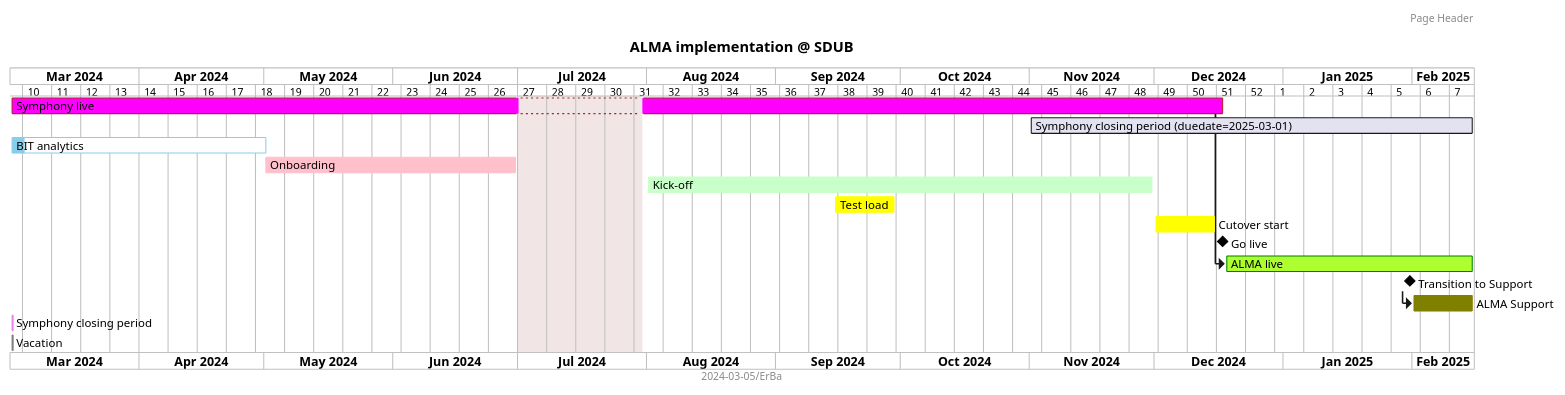
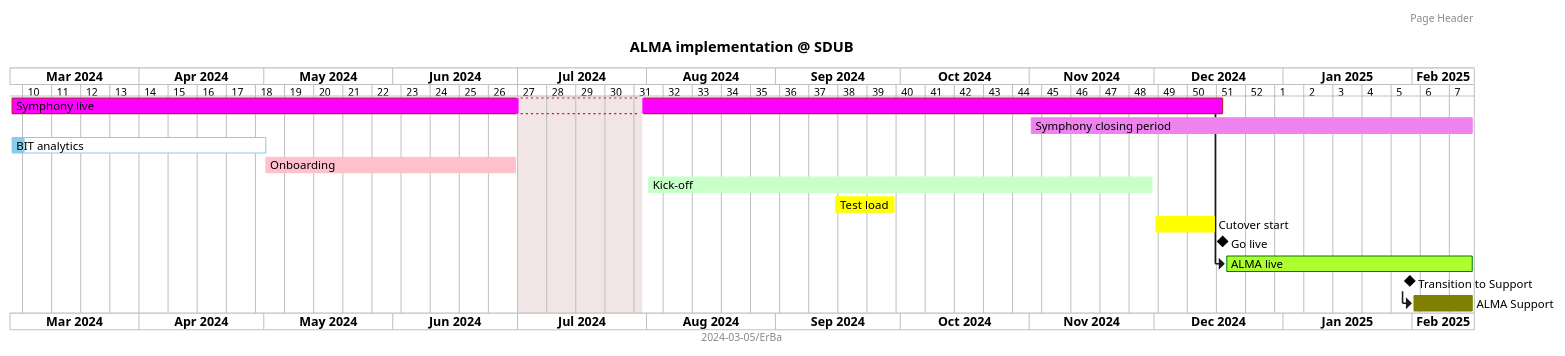
Before and after one commit to BIT-SDUB/ALMA: the diagram in implentation/timeline.puml, drawn with PlantUML.

```diff
--- a/implentation/timeline.puml
+++ b/implentation/timeline.puml
@@ -1,65 +1,62 @@
 @startgantt
 Project starts 2024-03-01
 printscale weekly
 
 TITLE ALMA implementation @ SDUB
 header Page Header
 footer 2024-03-05/ErBa
 
 'https://raw.githubusercontent.com/BIT-SDUB/ALMA/main/implentation/timeline.puml
 
 ' start up
 [Symphony live] starts 2024-03-01 and ends 2024-12-17
-[Symphony closing period (duedate=2025-03-01)] starts 2024-11-01 and ends 2025-02-15
+[Symphony closing period] starts 2024-11-01 and ends 2025-02-15
 
 [BIT analytics] starts 2024-03-01 and ends 2024-05-01 and is 5% complete
 
 '>>> Exlibris
 '• Onboarding May and June 2024
 [Onboarding] starts 2024-05-01 and ends 2024-06-30
 '
 '[Vaccation] starts 2024-07-01 and ends 2024-07-30
 'July is closed
 2024-07-01 to 2024-07-30 is closed
 '
 '• Kick-off: early August 2024
 [Kick-off] starts 2024-08-01 and ends 2024-11-30
 '
 '• Test load start: mid-September 2024
 [Test load] starts 2024-09-15 and lasts 15 days
 '[Test load] lasts 15 days
 '
 '• Cutover start: 1st December 2024
 [Cutover start] starts 2024-12-01
 [Cutover start] lasts 15 days
 '
 '• Go live: 17th December 2024
 [Go live] happens 2024-12-17
 [ALMA live] starts at [Symphony live]'s end
 
 [ALMA live] starts 2024-12-17 and ends 2025-02-15
 '[ALMA live] lasts 60 days
 '• Transition to Support: by end of January 2025
 [Transition to Support] happens 2025-01-31
 '[ALMA live] starts at [Symphony live]'s end
 [ALMA Support] starts 2025-01-31 and ends 2025-02-15
 [ALMA Support] starts at [Transition to Support]'s end
 '
 '>>> Colors
   [Symphony live] is colored in Fuchsia/FireBrick
   [Symphony closing period] is colored in violet
 'purple
   [ALMA live] is colored in GreenYellow/Green
   [ALMA Support] is colored in Olive
-  
   [Onboarding] is colored in pink
-  '
   [Test load] is colored in yellow
   [Cutover start] is colored in yellow
   [Kick-off] is colored in technology 
-  ' dusted green
-  [Vacation] is colored in gray
+  '[Vacation] is colored in gray
   [BIT analytics] is colored in SkyBlue
 '<<< Colors
 
 @endgantt
```
